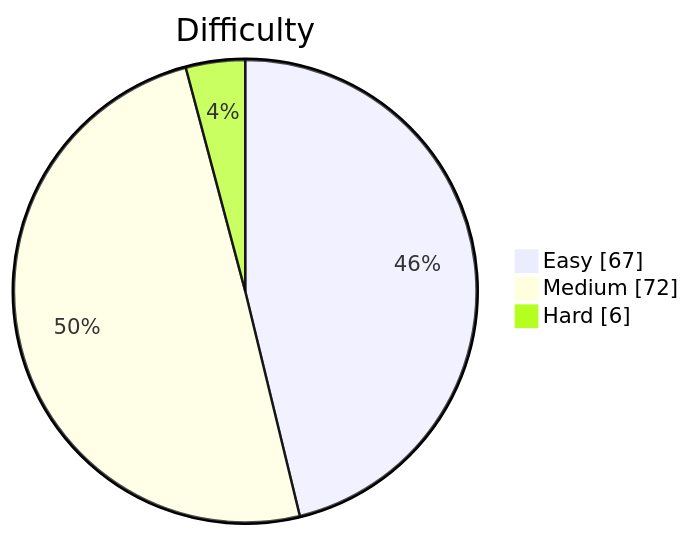
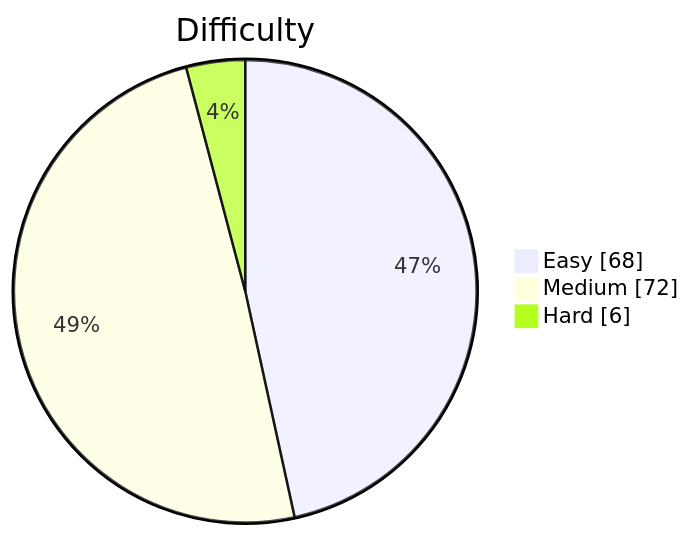
Before and after one commit to kevstevie/python-algo-practice: the diagram in README.md, drawn with Mermaid. The commit also changed other lines of this file, not shown here.

````diff
--- a/README.md
+++ b/README.md
@@ -13,7 +13,7 @@
 ```mermaid
 pie showData
     title Difficulty
-    "Easy"   : 67
+    "Easy"   : 68
     "Medium" : 72
     "Hard"   : 6
 ```
````
